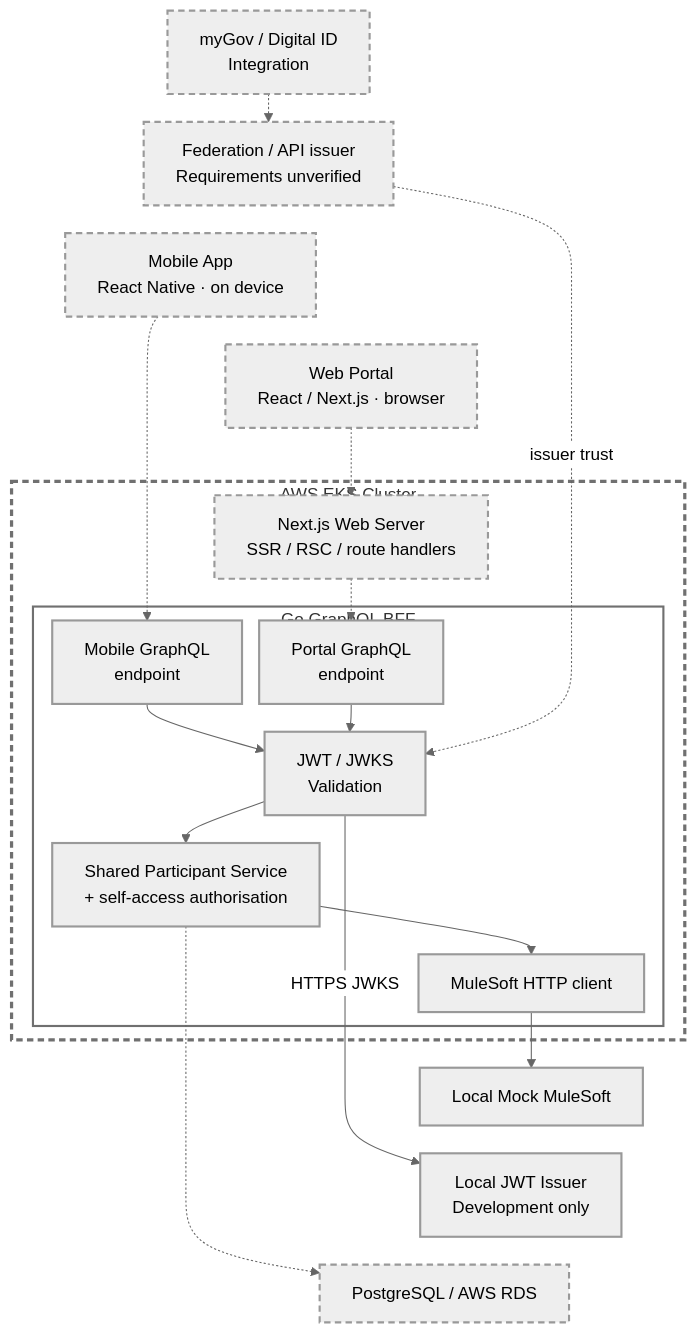
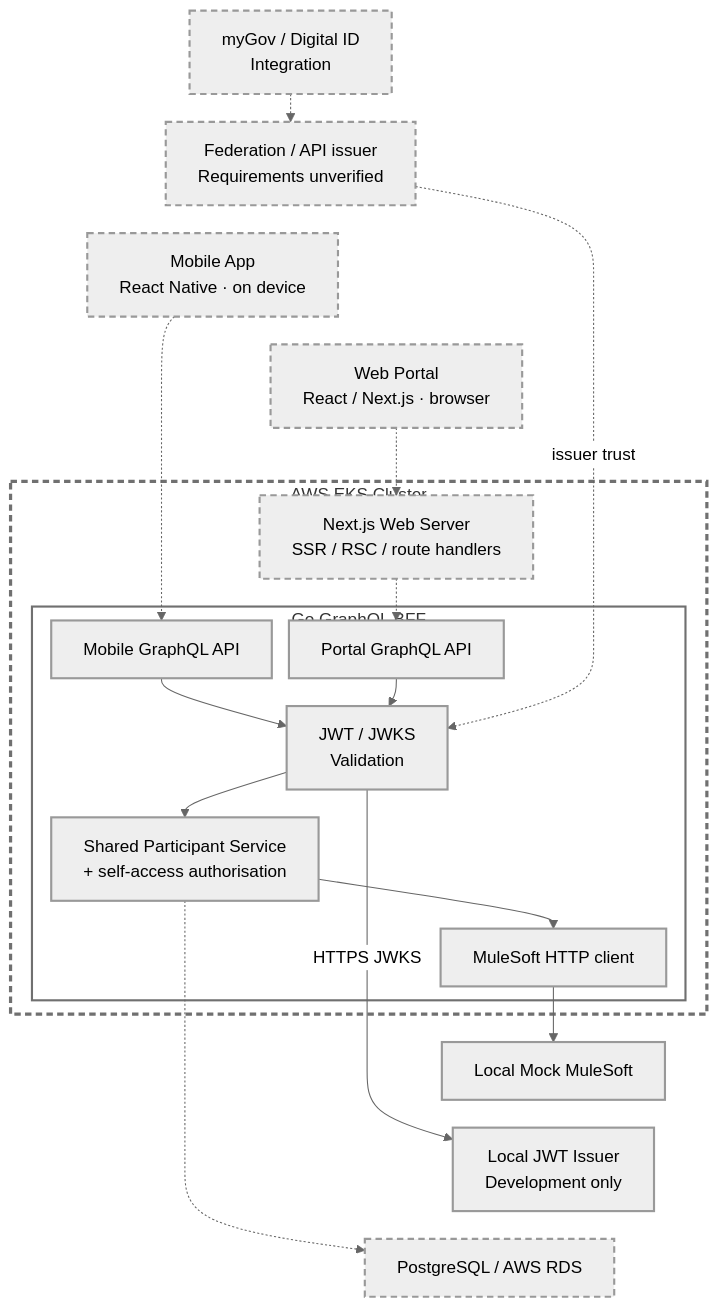
The diagram in README.md (shawfire/participant-services), drawn with Mermaid (neutral theme) before and after one commit. The commit also changed other lines of this file, not shown here.

Commit message:
docs: clarify GraphQL API labels and neutralise architecture disclaimer

````diff
--- a/README.md
+++ b/README.md
@@ -11,33 +11,33 @@
 ```mermaid
 %%{init: {"flowchart": {"nodeSpacing": 16, "rankSpacing": 26}}}%%
 flowchart TD
   Mobile["Mobile App<br/>React Native · on device"] -.-> MG
   Web["Web Portal<br/>React / Next.js · browser"] -.-> Next
 
   subgraph EKS["AWS EKS Cluster"]
     Next["Next.js Web Server<br/>SSR / RSC / route handlers"] -.-> PG
     subgraph BFF["Go GraphQL BFF"]
-      MG["Mobile GraphQL<br/>endpoint"] --> Auth["JWT / JWKS<br/>Validation"]
-      PG["Portal GraphQL<br/>endpoint"] --> Auth
+      MG["Mobile GraphQL API"] --> Auth["JWT / JWKS<br/>Validation"]
+      PG["Portal GraphQL API"] --> Auth
       Auth --> Service["Shared Participant Service<br/>+ self-access authorisation"]
       Service --> Mule["MuleSoft HTTP client"]
     end
   end
 
   ID["myGov / Digital ID<br/>Integration"] -.-> Federation["Federation / API issuer<br/>Requirements unverified"]
   Federation -. issuer trust .-> Auth
   Federation ~~~ Mobile
   Mobile ~~~ Web
   Auth -->|HTTPS JWKS| Issuer["Local JWT Issuer<br/>Development only"]
   Mule --> Mock["Local Mock MuleSoft"]
   Service -.-> DB["PostgreSQL / AWS RDS"]
   Mock ~~~ Issuer
   Issuer ~~~ DB
 
   classDef implemented stroke-width:2px,stroke-dasharray:0;
   classDef proposed stroke-width:2px,stroke-dasharray:6 4;
   class MG,PG,Auth,Service,Mule,Issuer,Mock implemented;
   class Mobile,Web,Next,ID,Federation,DB proposed;
   style BFF fill:none,stroke-width:2px,stroke-dasharray:0
   style EKS fill:none,stroke-width:3px,stroke-dasharray:6 4
 ```
````
